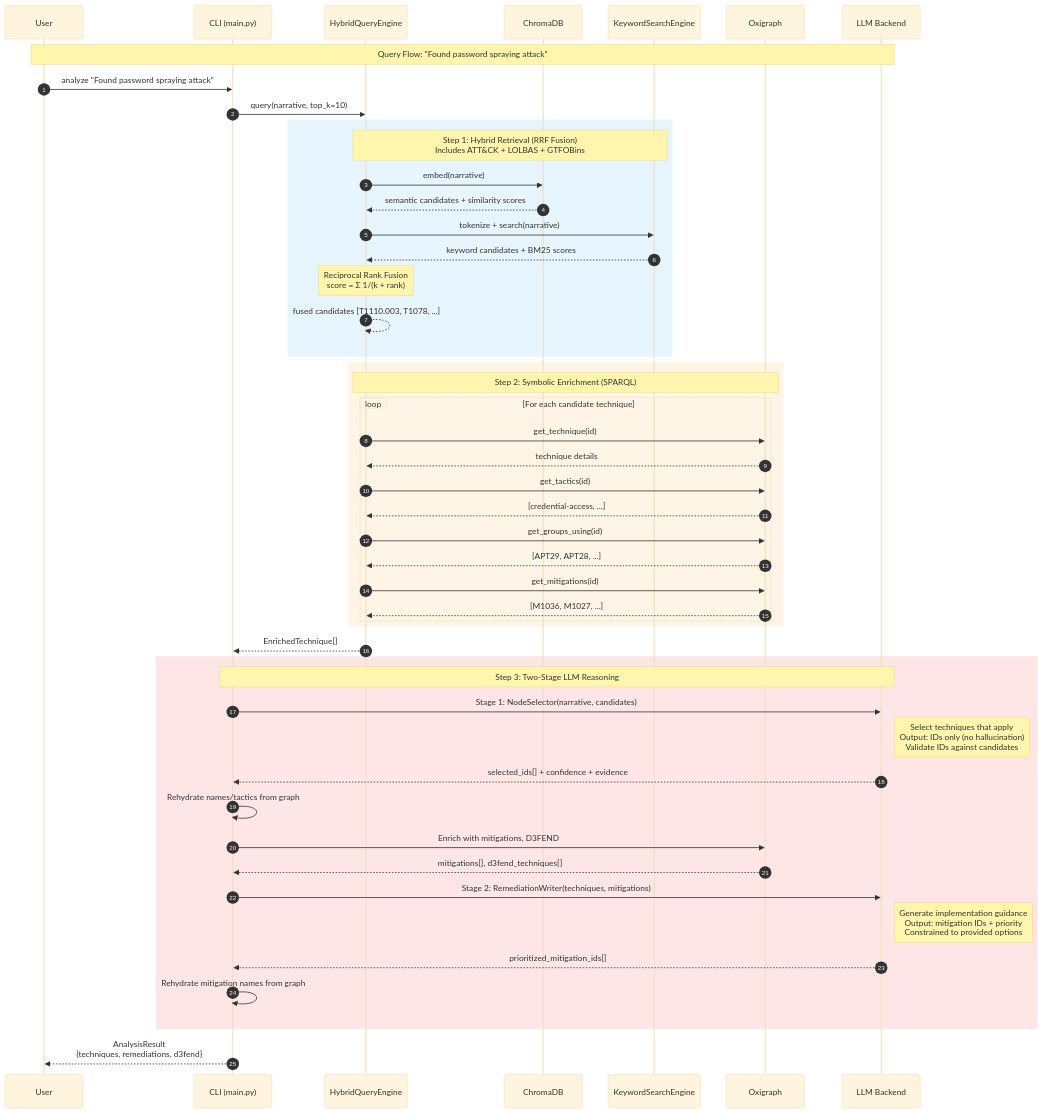
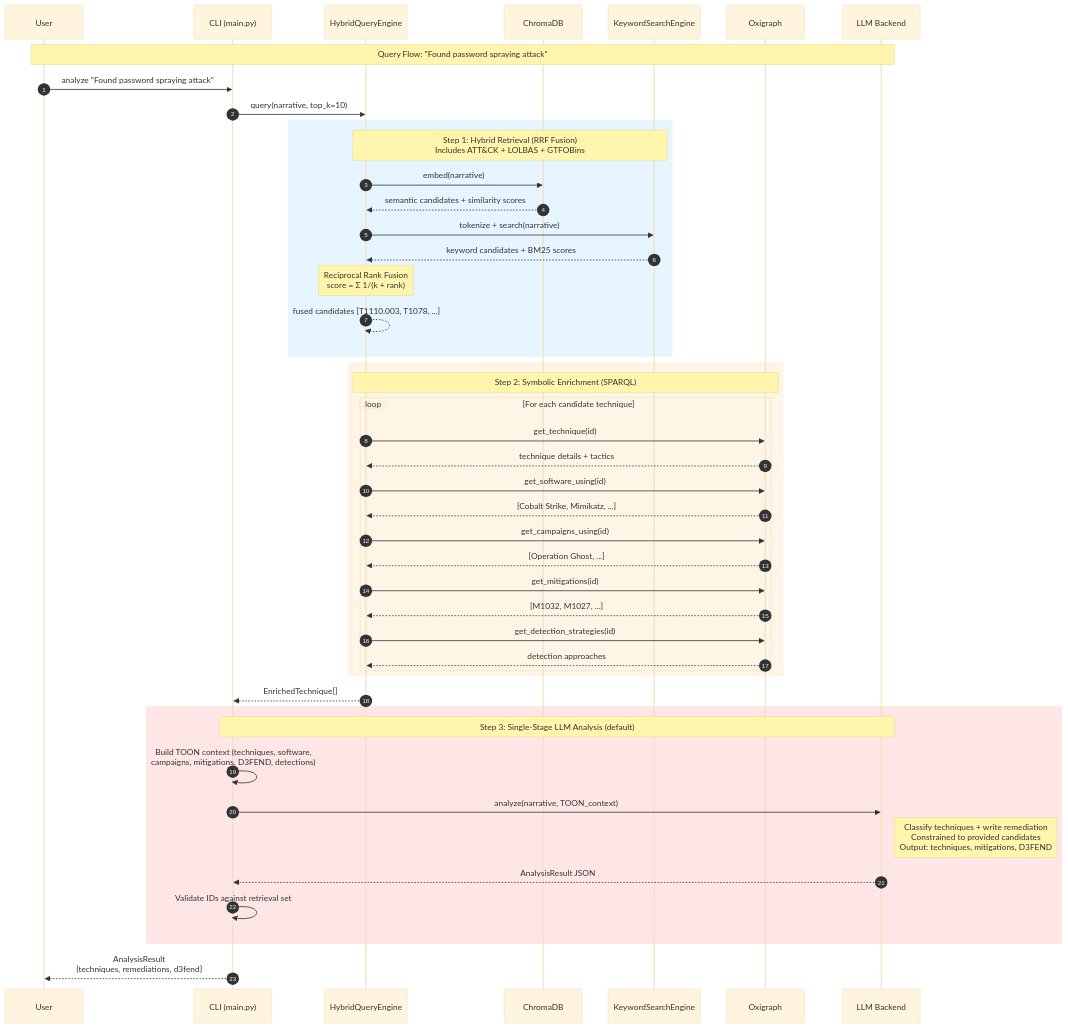
One commit to jackwillis/attack-kg changed the diagram in docs/architecture/data-flow.mmd. Above: the diagram before and after it, drawn with Mermaid. The commit also changed 16 other files, not shown here.

First line of the commit message:
Add LOLBAS/GTFOBins integration and switch to single-stage default

```diff
--- a/docs/architecture/data-flow.mmd
+++ b/docs/architecture/data-flow.mmd
@@ -1,58 +1,55 @@
 %%{init: {'theme': 'base'}}%%
 
 sequenceDiagram
     autonumber
     participant User
     participant CLI as CLI (main.py)
     participant Hybrid as HybridQueryEngine
     participant Vectors as ChromaDB
     participant BM25 as KeywordSearchEngine
     participant Graph as Oxigraph
     participant LLM as LLM Backend
 
     Note over User,LLM: Query Flow: "Found password spraying attack"
 
     User->>CLI: analyze "Found password spraying attack"
     CLI->>Hybrid: query(narrative, top_k=10)
 
     rect rgb(230, 245, 255)
         Note over Hybrid,BM25: Step 1: Hybrid Retrieval (RRF Fusion)<br/>Includes ATT&CK + LOLBAS + GTFOBins
         Hybrid->>Vectors: embed(narrative)
         Vectors-->>Hybrid: semantic candidates + similarity scores
         Hybrid->>BM25: tokenize + search(narrative)
         BM25-->>Hybrid: keyword candidates + BM25 scores
         Note over Hybrid: Reciprocal Rank Fusion<br/>score = Σ 1/(k + rank)
         Hybrid-->>Hybrid: fused candidates [T1110.003, T1078, ...]
     end
 
     rect rgb(255, 245, 230)
         Note over Hybrid,Graph: Step 2: Symbolic Enrichment (SPARQL)
         loop For each candidate technique
             Hybrid->>Graph: get_technique(id)
-            Graph-->>Hybrid: technique details
-            Hybrid->>Graph: get_tactics(id)
-            Graph-->>Hybrid: [credential-access, ...]
-            Hybrid->>Graph: get_groups_using(id)
-            Graph-->>Hybrid: [APT29, APT28, ...]
+            Graph-->>Hybrid: technique details + tactics
+            Hybrid->>Graph: get_software_using(id)
+            Graph-->>Hybrid: [Cobalt Strike, Mimikatz, ...]
+            Hybrid->>Graph: get_campaigns_using(id)
+            Graph-->>Hybrid: [Operation Ghost, ...]
             Hybrid->>Graph: get_mitigations(id)
-            Graph-->>Hybrid: [M1036, M1027, ...]
+            Graph-->>Hybrid: [M1032, M1027, ...]
+            Hybrid->>Graph: get_detection_strategies(id)
+            Graph-->>Hybrid: detection approaches
         end
     end
 
     Hybrid-->>CLI: EnrichedTechnique[]
 
     rect rgb(255, 230, 230)
-        Note over CLI,LLM: Step 3: Two-Stage LLM Reasoning
-        CLI->>LLM: Stage 1: NodeSelector(narrative, candidates)
-        Note right of LLM: Select techniques that apply<br/>Output: IDs only (no hallucination)<br/>Validate IDs against candidates
-        LLM-->>CLI: selected_ids[] + confidence + evidence
-        CLI->>CLI: Rehydrate names/tactics from graph
-        CLI->>Graph: Enrich with mitigations, D3FEND
-        Graph-->>CLI: mitigations[], d3fend_techniques[]
-        CLI->>LLM: Stage 2: RemediationWriter(techniques, mitigations)
-        Note right of LLM: Generate implementation guidance<br/>Output: mitigation IDs + priority<br/>Constrained to provided options
-        LLM-->>CLI: prioritized_mitigation_ids[]
-        CLI->>CLI: Rehydrate mitigation names from graph
+        Note over CLI,LLM: Step 3: Single-Stage LLM Analysis (default)
+        CLI->>CLI: Build TOON context (techniques, software,<br/>campaigns, mitigations, D3FEND, detections)
+        CLI->>LLM: analyze(narrative, TOON_context)
+        Note right of LLM: Classify techniques + write remediation<br/>Constrained to provided candidates<br/>Output: techniques, mitigations, D3FEND
+        LLM-->>CLI: AnalysisResult JSON
+        CLI->>CLI: Validate IDs against retrieval set
     end
 
     CLI-->>User: AnalysisResult<br/>{techniques, remediations, d3fend}
```
